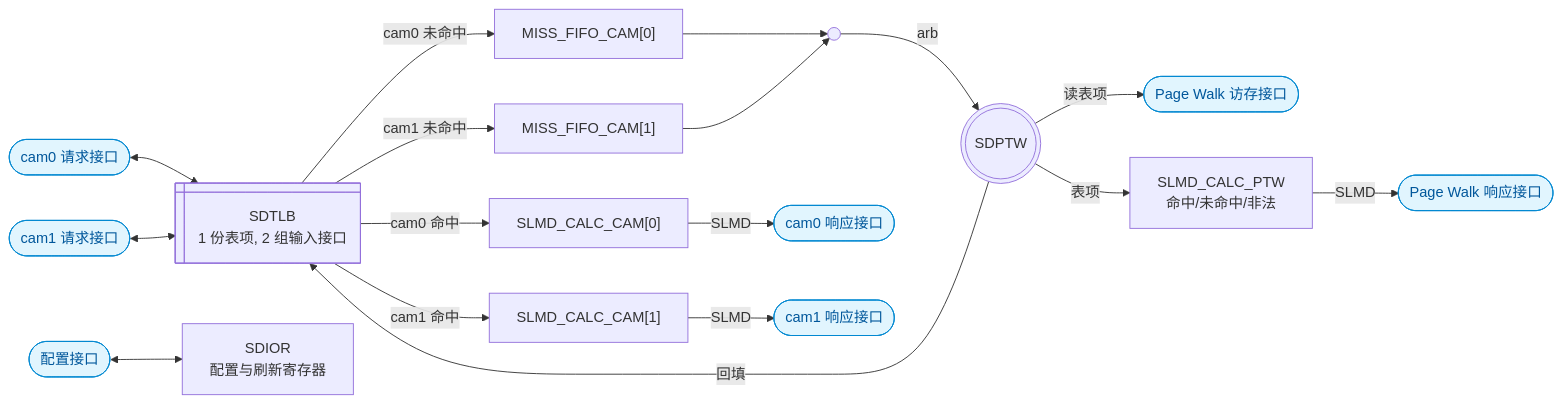
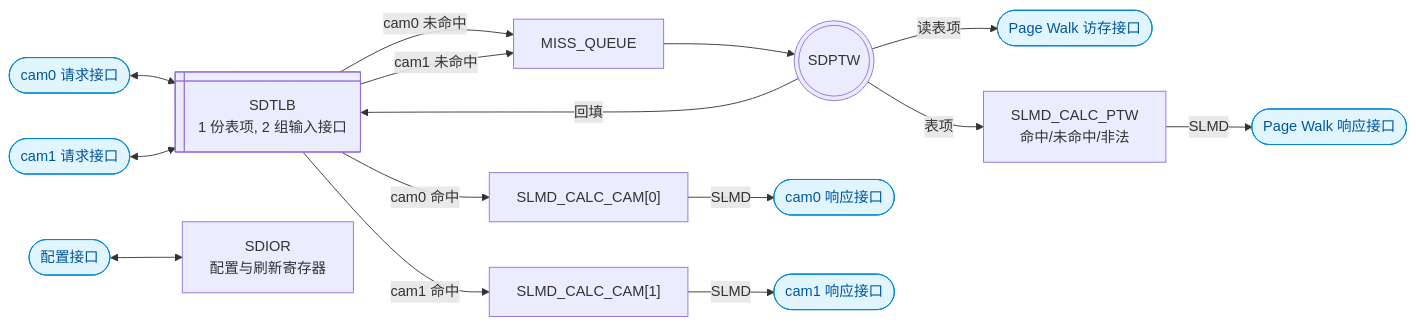
One commit to DuBirdFly/C1_SDecoder changed the second of 3 diagrams in doc/design_plan/SDecoder设计方案/SDecoder 设计方案 v0.9.md. Above: the diagram before and after it, drawn with Mermaid. The commit also changed other lines of this file, not shown here.

Commit message:
docs(design): 未命中缓冲改为单个 MISS_QUEUE, 废弃重查 SDTLB 章节

````diff
--- a/doc/design_plan/SDecoder设计方案/SDecoder 设计方案 v0.9.md
+++ b/doc/design_plan/SDecoder设计方案/SDecoder 设计方案 v0.9.md
@@ -95,24 +95,21 @@
 ```mermaid
 flowchart LR
     TLB@{ shape: win-pane, label: "SDTLB<br/>1 份表项, 2 组输入接口" }
     REQ0(["cam0 请求接口"]) <--> TLB
     REQ1(["cam1 请求接口"]) <--> TLB
     TLB -->|"cam0 命中"| CALC0["SLMD_CALC_CAM[0]"]
     TLB -->|"cam1 命中"| CALC1["SLMD_CALC_CAM[1]"]
-    TLB -->|"cam0 未命中"| MISS0["MISS_FIFO_CAM[0]"]
-    TLB -->|"cam1 未命中"| MISS1["MISS_FIFO_CAM[1]"]
-    MISS0 --> ARB
-    MISS1 --> ARB
-    ARB@{ shape: sm-circ }
-    ARB -->|"arb"| PTW
+    TLB -->|"cam0 未命中"| MISSQ["MISS_QUEUE"]
+    TLB -->|"cam1 未命中"| MISSQ
+    MISSQ --> PTW
     PTW@{ shape: dbl-circ, label: "SDPTW" }
     PTW -->|"读表项"| TW(["Page Walk 访存接口"])
     PTW -->|"回填"| TLB
     PTW -->|"表项"| CALC2["SLMD_CALC_PTW<br/>命中/未命中/非法"]
     CALC0 -->|"SLMD"| RSP0(["cam0 响应接口"])
     CALC1 -->|"SLMD"| RSP1(["cam1 响应接口"])
     CALC2 -->|"SLMD"| PWRSP(["Page Walk 响应接口"])
     CFG(["配置接口"]) <--> SDIOR["SDIOR<br/>配置与刷新寄存器"]
     classDef iface fill:#e1f5fe,stroke:#0288d1,color:#01579b
     class REQ0,REQ1,TW,RSP0,RSP1,PWRSP,CFG iface
 ```
````
